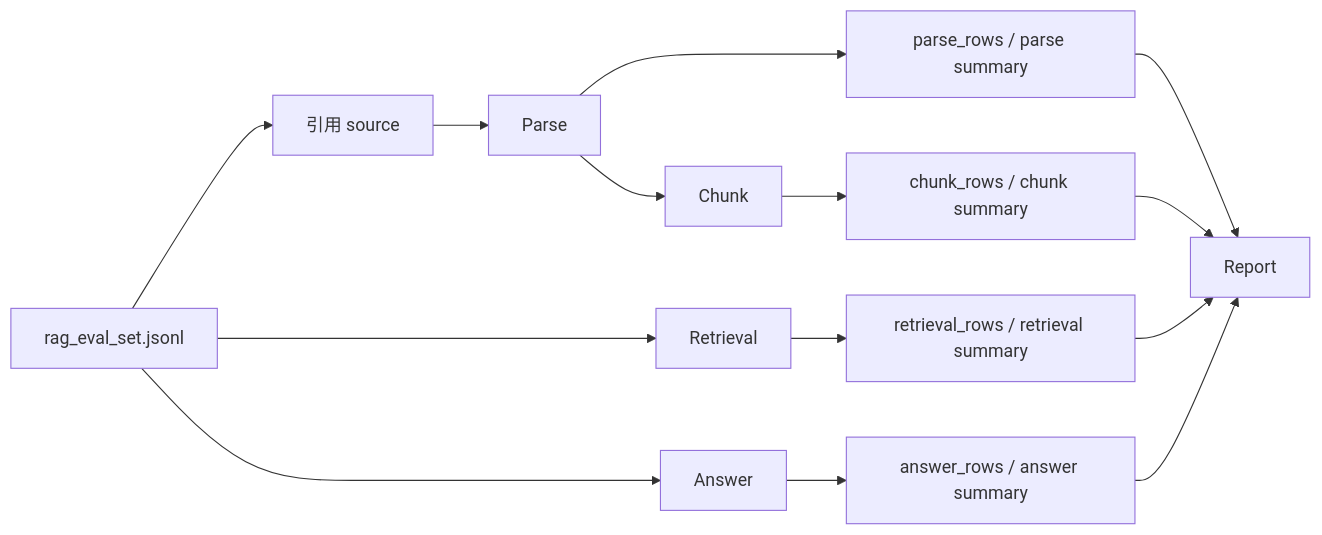
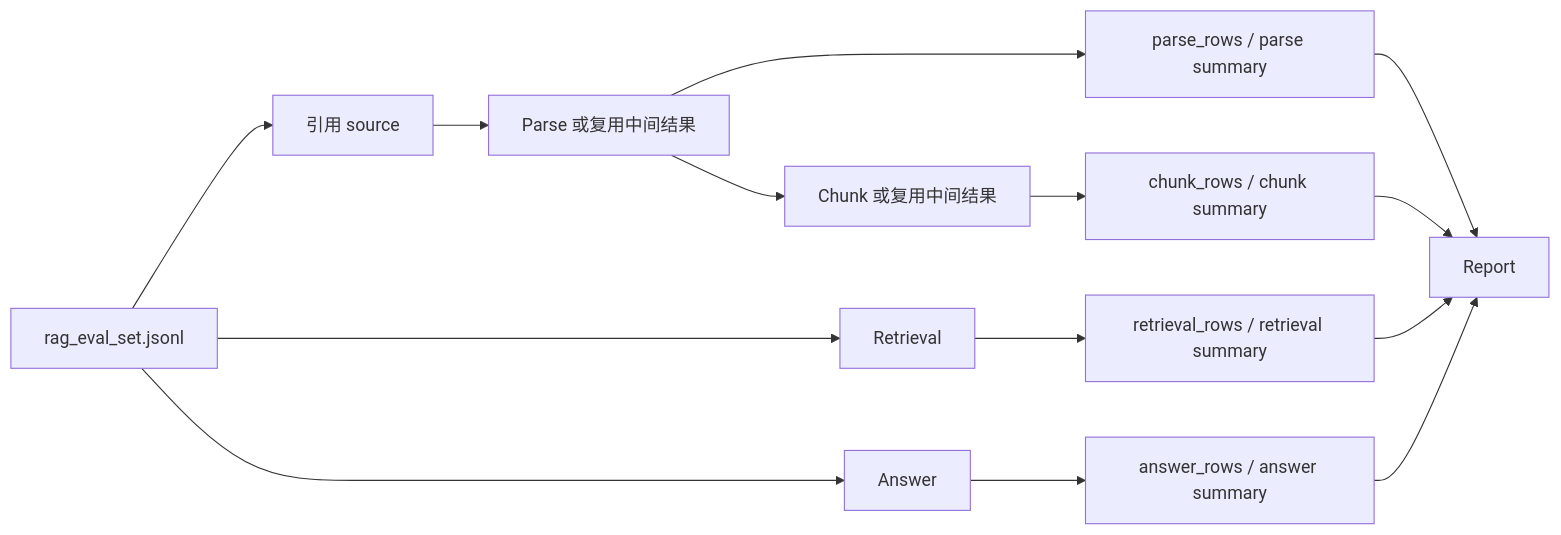
Before and after one commit to szlx23/fabagent-rag: the tenth of 11 diagrams in README.md, drawn with Mermaid. The commit also changed other lines of this file and 4 other files, not shown here.

````diff
--- a/README.md
+++ b/README.md
@@ -402,16 +402,16 @@
 ```mermaid
 flowchart LR
     A[rag_eval_set.jsonl] --> B[引用 source]
-    B --> C[Parse]
-    C --> D[Chunk]
+    B --> C[Parse 或复用中间结果]
+    C --> D[Chunk 或复用中间结果]
     A --> E[Retrieval]
     A --> F[Answer]
     C --> G[parse_rows / parse summary]
     D --> H[chunk_rows / chunk summary]
     E --> I[retrieval_rows / retrieval summary]
     F --> J[answer_rows / answer summary]
     G --> K[Report]
     H --> K
     I --> K
     J --> K
 ```
````
